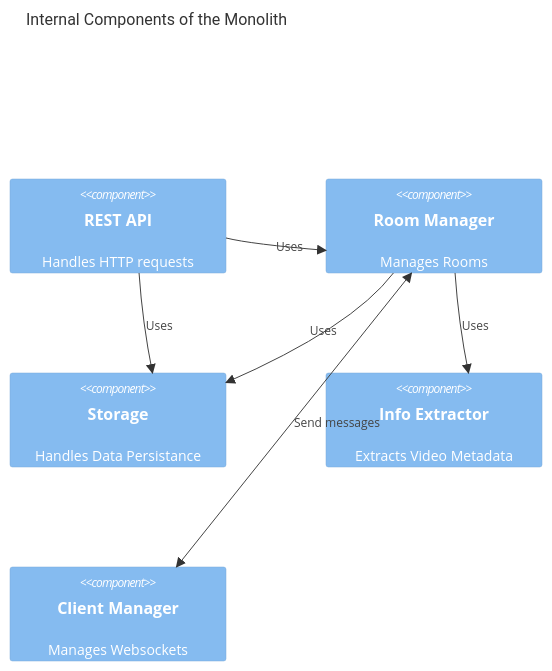
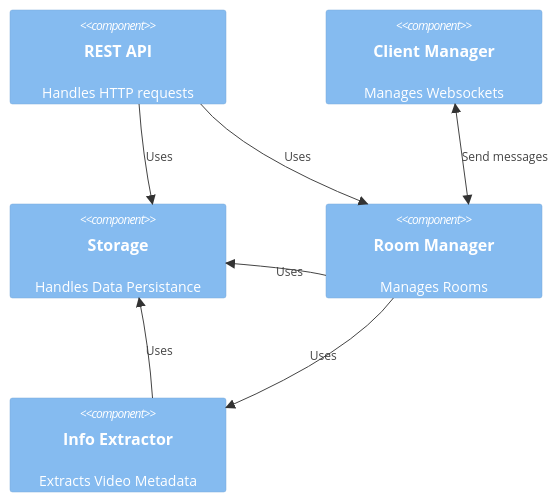
The diagram in figures/components-monolith.mmd (dyc3/senior-design), drawn with Mermaid before and after one commit.

Commit message:
adjust component diagram

```diff
--- a/figures/components-monolith.mmd
+++ b/figures/components-monolith.mmd
@@ -1,16 +1,15 @@
 C4Component
-    title Internal Components of the Monolith
-
     Component(api, "REST API", "", "Handles HTTP requests")
+    Component(clientman, "Client Manager", "", "Manages Websockets")
+    Component(storage, "Storage", "", "Handles Data Persistance")
     Component(roomman, "Room Manager", "", "Manages Rooms")
-    Component(storage, "Storage", "", "Handles Data Persistance")
     Component(infoext, "Info Extractor", "", "Extracts Video Metadata")
-    Component(clientman, "Client Manager", "", "Manages Websockets")
 
     BiRel(roomman, clientman, "Send messages")
     Rel(api, roomman, "Uses")
     Rel(roomman, infoext, "Uses")
     Rel(api, storage, "Uses")
     Rel(roomman, storage, "Uses")
+    Rel(infoext, storage, "Uses")
 
     UpdateLayoutConfig($c4ShapeInRow="2", $c4BoundaryInRow="1")
```
